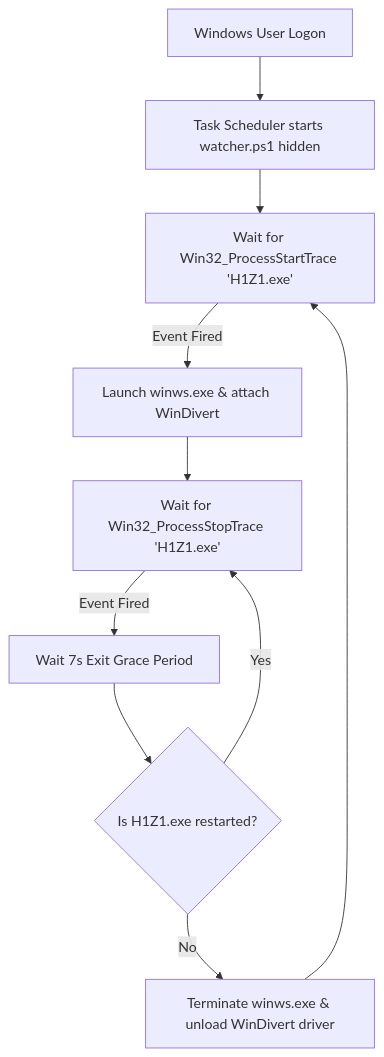
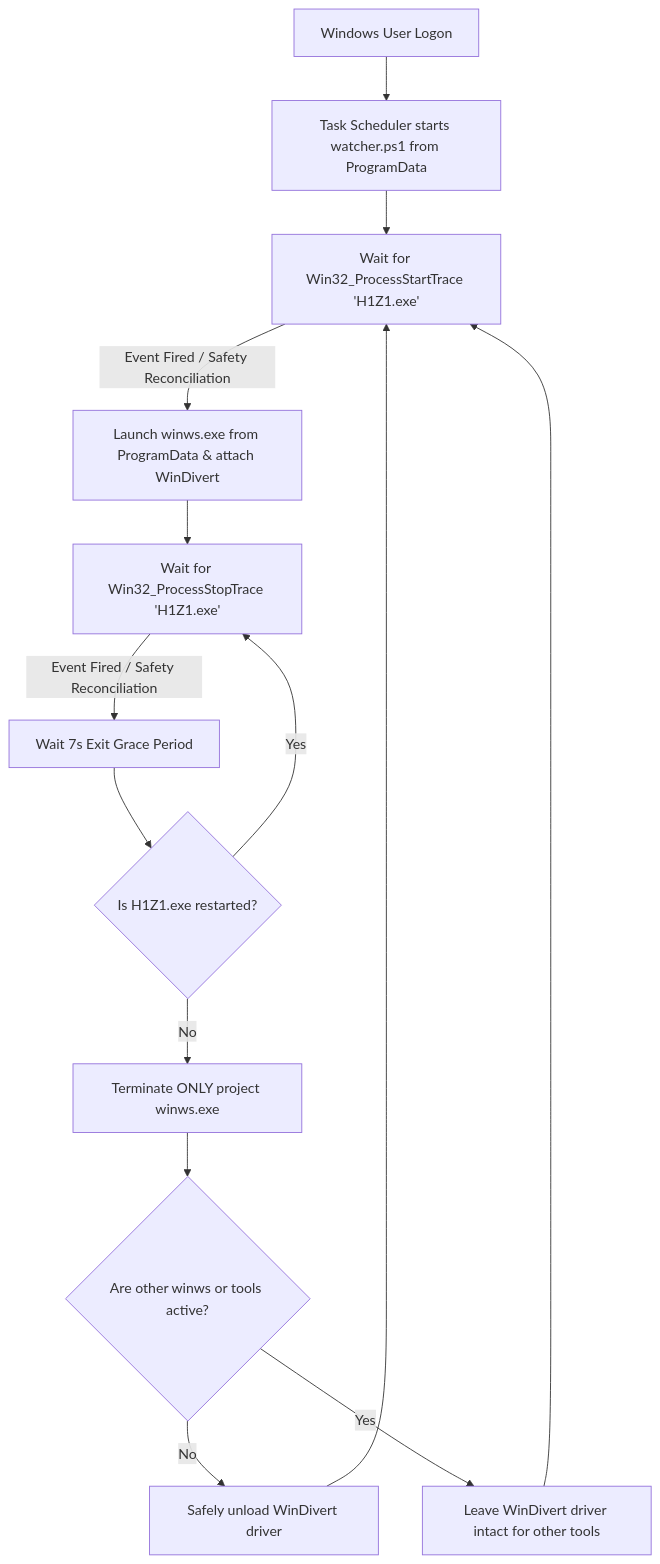
Before and after one commit to Blaykosik/H1Z1-ROTK-Russia: the third of 3 diagrams in docs/HOW_IT_WORKS.md, drawn with Mermaid. The commit also changed other lines of this file and 20 other files, not shown here.

Commit message:
fix(release): v1.2.1 - Process isolation, ProgramData Auto Mode runtime, and documentation accuracy

````diff
--- a/docs/HOW_IT_WORKS.md
+++ b/docs/HOW_IT_WORKS.md
@@ -105,12 +103,16 @@
 ```mermaid
 flowchart TD
-    A[Windows User Logon] --> B[Task Scheduler starts watcher.ps1 hidden]
+    A[Windows User Logon] --> B[Task Scheduler starts watcher.ps1 from ProgramData]
     B --> C[Wait for Win32_ProcessStartTrace 'H1Z1.exe']
-    C -- Event Fired --> D[Launch winws.exe & attach WinDivert]
+    C -- Event Fired / Safety Reconciliation --> D[Launch winws.exe from ProgramData & attach WinDivert]
     D --> E[Wait for Win32_ProcessStopTrace 'H1Z1.exe']
-    E -- Event Fired --> F[Wait 7s Exit Grace Period]
+    E -- Event Fired / Safety Reconciliation --> F[Wait 7s Exit Grace Period]
     F --> G{Is H1Z1.exe restarted?}
     G -- Yes --> E
-    G -- No --> H[Terminate winws.exe & unload WinDivert driver]
-    H --> C
+    G -- No --> H[Terminate ONLY project winws.exe]
+    H --> I{Are other winws or tools active?}
+    I -- No --> J[Safely unload WinDivert driver]
+    I -- Yes --> K[Leave WinDivert driver intact for other tools]
+    J --> C
+    K --> C
 ```
````
